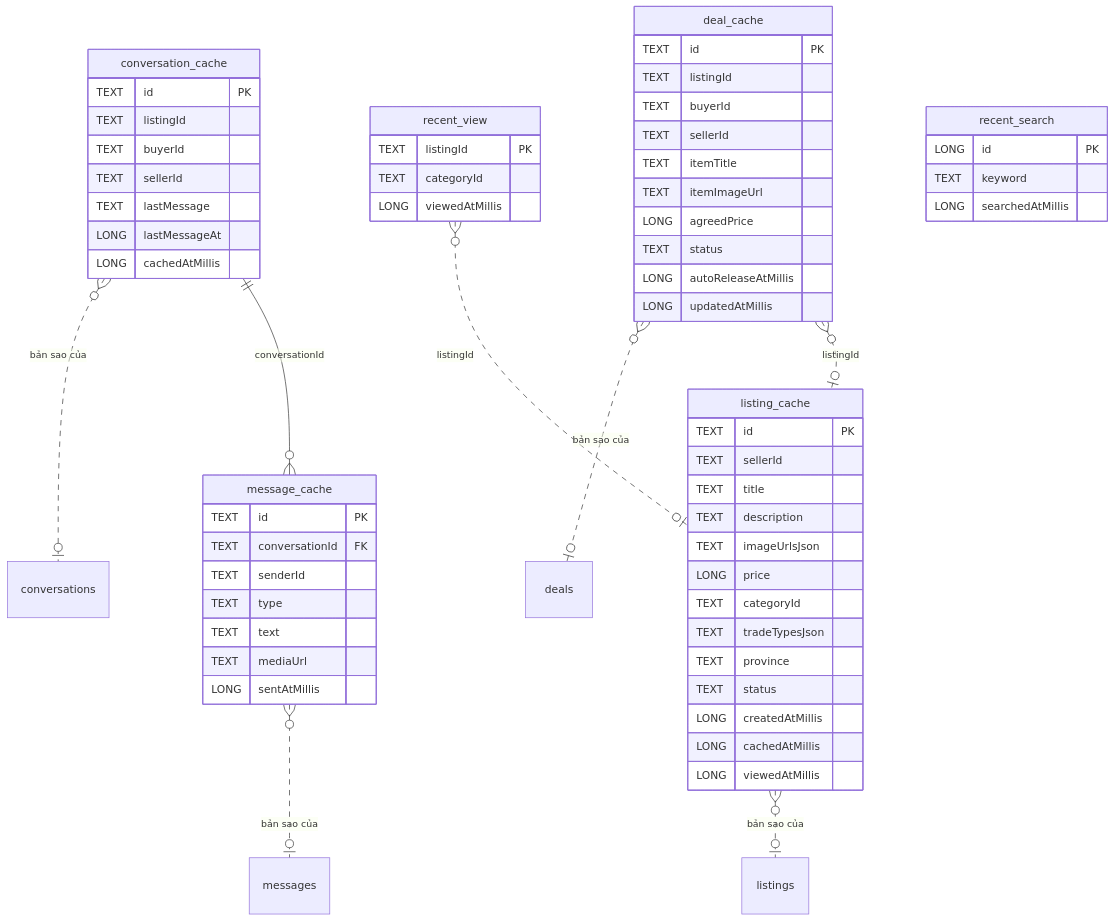
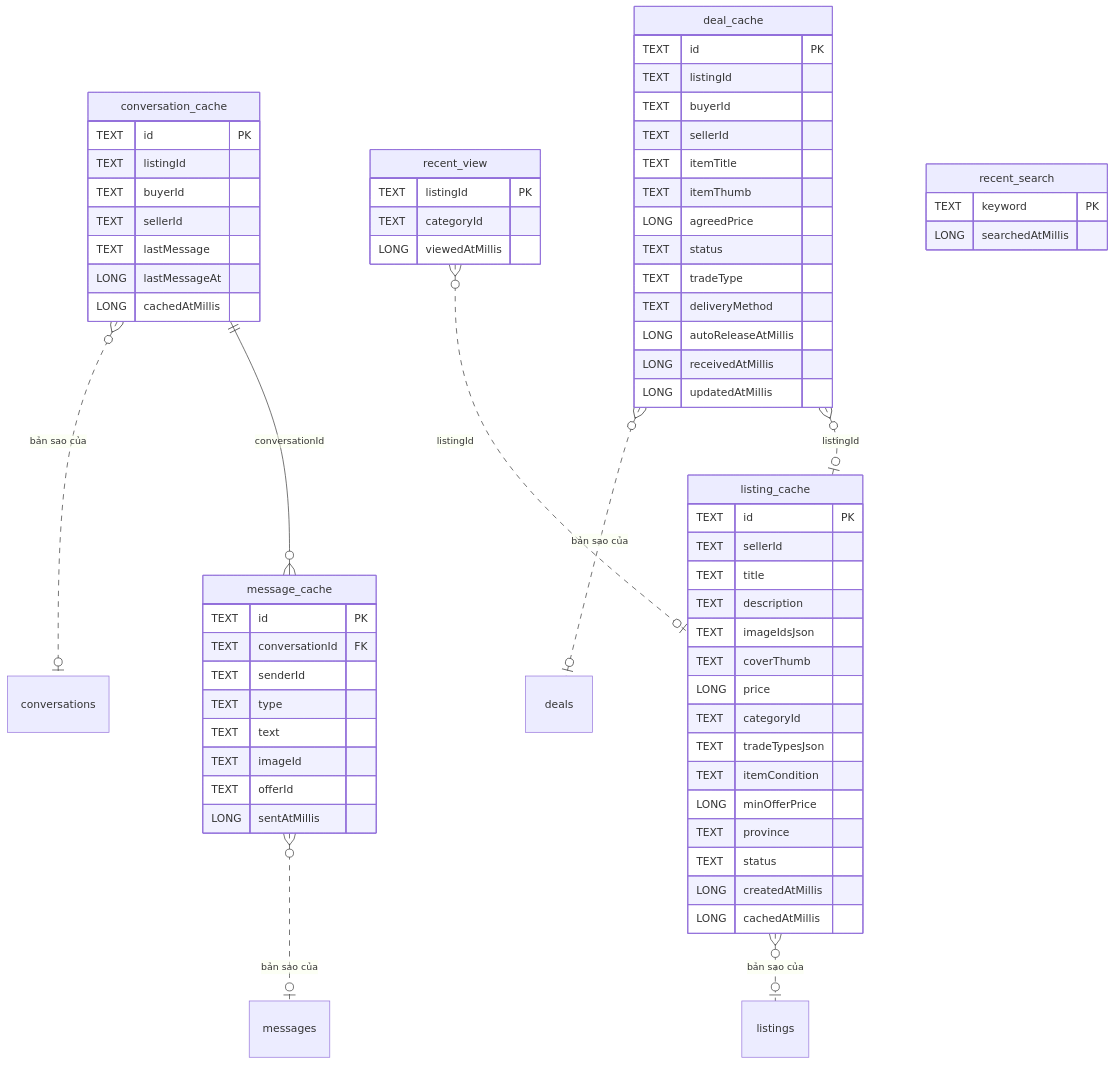
One commit to tahpnart8/NHOM3-MobileApp changed the diagram in workflow/docs/data/room-schema.md. Above: the diagram before and after it, drawn with Mermaid. The commit also changed other lines of this file and 190 other files, not shown here.

````diff
--- a/workflow/docs/data/room-schema.md
+++ b/workflow/docs/data/room-schema.md
@@ -42,65 +42,70 @@
 ```mermaid
 erDiagram
     conversation_cache ||--o{ message_cache : "conversationId"
     recent_view }o..o| listing_cache : "listingId"
     deal_cache }o..o| listing_cache : "listingId"
     conversation_cache }o..o| conversations : "bản sao của"
     message_cache }o..o| messages : "bản sao của"
     listing_cache }o..o| listings : "bản sao của"
     deal_cache }o..o| deals : "bản sao của"
     listing_cache {
         TEXT id PK
         TEXT sellerId
         TEXT title
         TEXT description
-        TEXT imageUrlsJson
+        TEXT imageIdsJson
+        TEXT coverThumb
         LONG price
         TEXT categoryId
         TEXT tradeTypesJson
+        TEXT itemCondition
+        LONG minOfferPrice
         TEXT province
         TEXT status
         LONG createdAtMillis
         LONG cachedAtMillis
-        LONG viewedAtMillis
     }
     conversation_cache {
         TEXT id PK
         TEXT listingId
         TEXT buyerId
         TEXT sellerId
         TEXT lastMessage
         LONG lastMessageAt
         LONG cachedAtMillis
     }
     message_cache {
         TEXT id PK
         TEXT conversationId FK
         TEXT senderId
         TEXT type
         TEXT text
-        TEXT mediaUrl
+        TEXT imageId
+        TEXT offerId
         LONG sentAtMillis
     }
     deal_cache {
         TEXT id PK
         TEXT listingId
         TEXT buyerId
         TEXT sellerId
         TEXT itemTitle
-        TEXT itemImageUrl
+        TEXT itemThumb
         LONG agreedPrice
         TEXT status
+        TEXT tradeType
+        TEXT deliveryMethod
         LONG autoReleaseAtMillis
+        LONG receivedAtMillis
         LONG updatedAtMillis
     }
     recent_view {
         TEXT listingId PK
         TEXT categoryId
         LONG viewedAtMillis
     }
     recent_search {
-        LONG id PK
-        TEXT keyword
+        TEXT keyword PK
         LONG searchedAtMillis
     }
 ```
````
